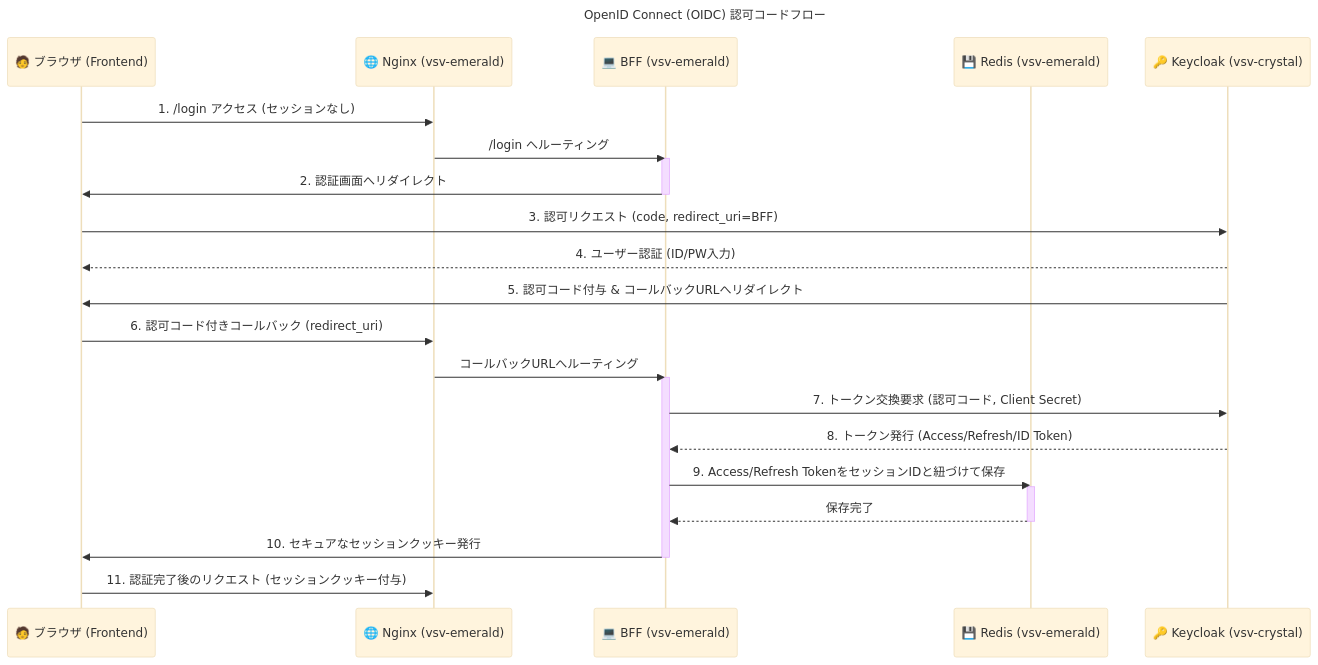
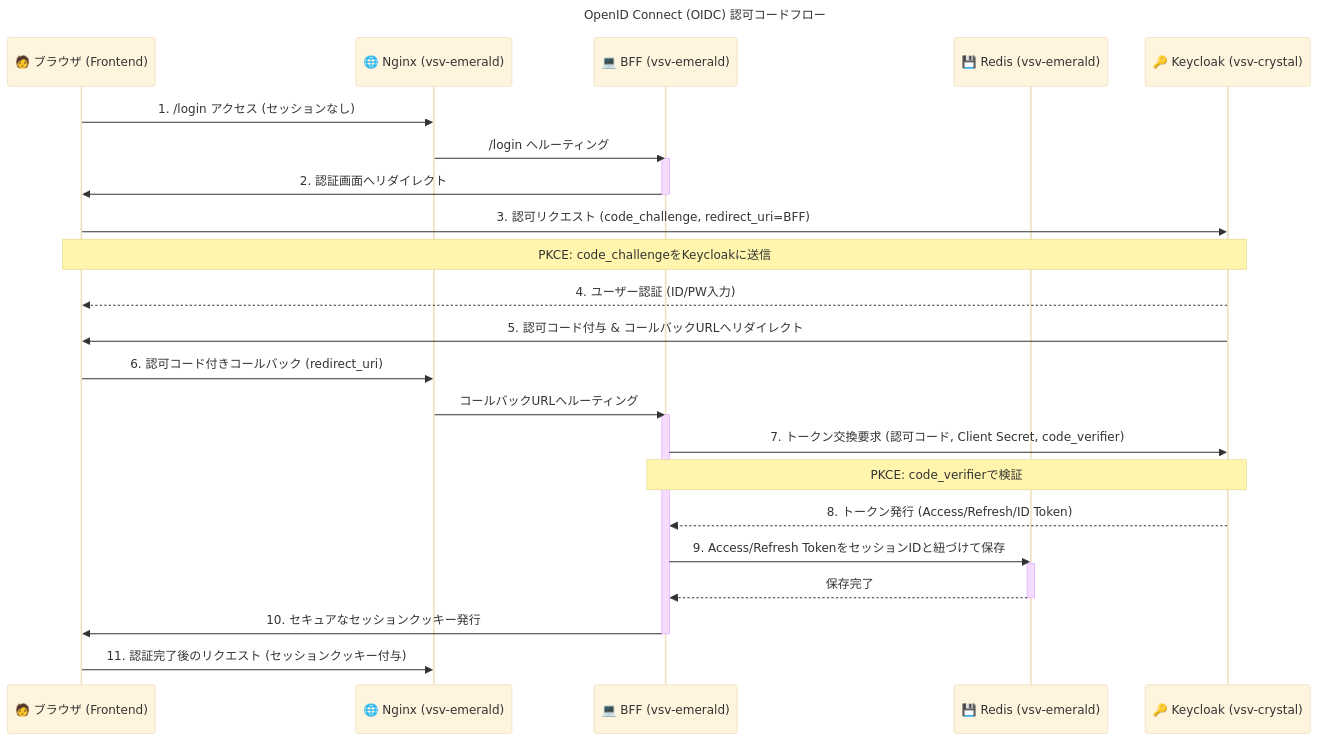
Before and after one commit to Ndia-R/vsv-emerald: the third of 5 diagrams in system-architecture-overview-vps2.md, drawn with Mermaid (base theme). The commit also changed other lines of this file and 5 other files, not shown here.

````diff
--- a/system-architecture-overview-vps2.md
+++ b/system-architecture-overview-vps2.md
@@ -226,37 +437,39 @@
 ```mermaid
 sequenceDiagram
     participant Browser as 🧑 ブラウザ (Frontend)
     participant Nginx_V2 as 🌐 Nginx (vsv-emerald)
     participant BFF as 💻 BFF (vsv-emerald)
     participant Redis as 💾 Redis (vsv-emerald)
     participant Keycloak as 🔑 Keycloak (vsv-crystal)
 
     title OpenID Connect (OIDC) 認可コードフロー
 
     Browser->>Nginx_V2: 1. /login アクセス (セッションなし)
     Nginx_V2->>BFF: /login へルーティング
     activate BFF
     BFF->>Browser: 2. 認証画面へリダイレクト
     deactivate BFF
 
-    Browser->>Keycloak: 3. 認可リクエスト (code, redirect_uri=BFF)
+    Browser->>Keycloak: 3. 認可リクエスト (code_challenge, redirect_uri=BFF)
+    Note over Browser,Keycloak: PKCE: code_challengeをKeycloakに送信
     Keycloak-->>Browser: 4. ユーザー認証 (ID/PW入力)
     Keycloak->>Browser: 5. 認可コード付与 & コールバックURLへリダイレクト
 
     Browser->>Nginx_V2: 6. 認可コード付きコールバック (redirect_uri)
     Nginx_V2->>BFF: コールバックURLへルーティング
 
     activate BFF
-    BFF->>Keycloak: 7. トークン交換要求 (認可コード, Client Secret)
+    BFF->>Keycloak: 7. トークン交換要求 (認可コード, Client Secret, code_verifier)
+    Note over BFF,Keycloak: PKCE: code_verifierで検証
     Keycloak-->>BFF: 8. トークン発行 (Access/Refresh/ID Token)
 
     BFF->>Redis: 9. Access/Refresh TokenをセッションIDと紐づけて保存
     activate Redis
     Redis-->>BFF: 保存完了
     deactivate Redis
 
     BFF->>Browser: 10. セキュアなセッションクッキー発行
     deactivate BFF
 
     Browser->>Nginx_V2: 11. 認証完了後のリクエスト (セッションクッキー付与)
 ```
````
